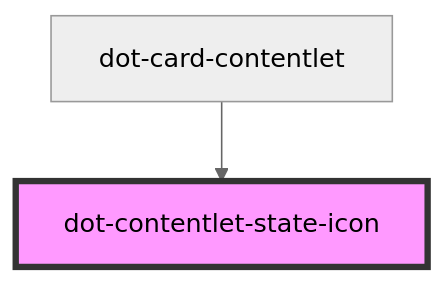
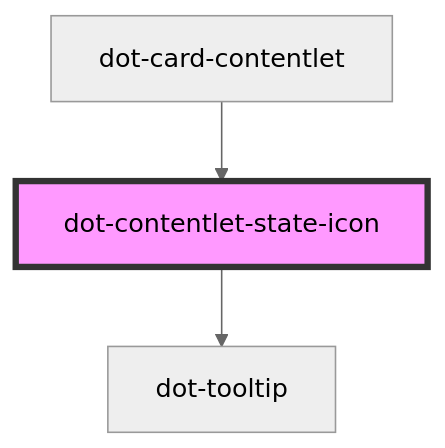
Before and after one commit to dotCMS/dotcms-webcomponents: the diagram in src/elements/dot-contentlet-state-icon/readme.md, drawn with Mermaid (neutral theme). The commit also changed other lines of this file and 3 other files, not shown here.

````diff
--- a/src/elements/dot-contentlet-state-icon/readme.md
+++ b/src/elements/dot-contentlet-state-icon/readme.md
@@ -22,5 +26,6 @@
 ```mermaid
 graph TD;
+  dot-contentlet-state-icon --> dot-tooltip
   dot-card-contentlet --> dot-contentlet-state-icon
   style dot-contentlet-state-icon fill:#f9f,stroke:#333,stroke-width:4px
 ```
````
